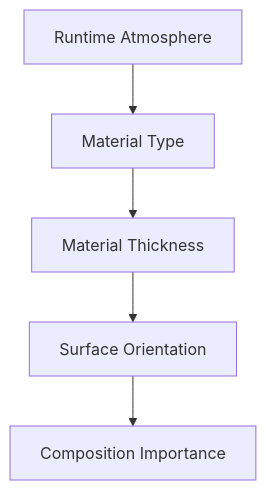
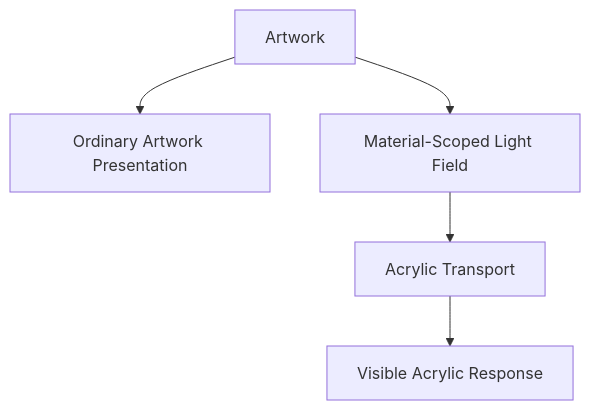
The fourth of 11 diagrams in docs/design/system/mds-003-material-system/07-refraction.md (mosaic-media/architecture), drawn with Mermaid before and after one commit. The commit also changed other lines of this file and 12 other files, not shown here.

Commit message:
docs(mds-003): define refraction architecture

````diff
--- a/docs/design/system/mds-003-material-system/07-refraction.md
+++ b/docs/design/system/mds-003-material-system/07-refraction.md
@@ -141,14 +191,14 @@
 ```mermaid
 flowchart TD
 
-N1["Runtime Atmosphere"]
-N2["Material Type"]
-N3["Material Thickness"]
-N4["Surface Orientation"]
-N5["Composition Importance"]
+N1["Artwork"]
+N2["Ordinary Artwork Presentation"]
+N3["Material-Scoped Light Field"]
+N4["Acrylic Transport"]
+N5["Visible Acrylic Response"]
 
 N1 --> N2
-N2 --> N3
+N1 --> N3
 N3 --> N4
 N4 --> N5
 ```
````
